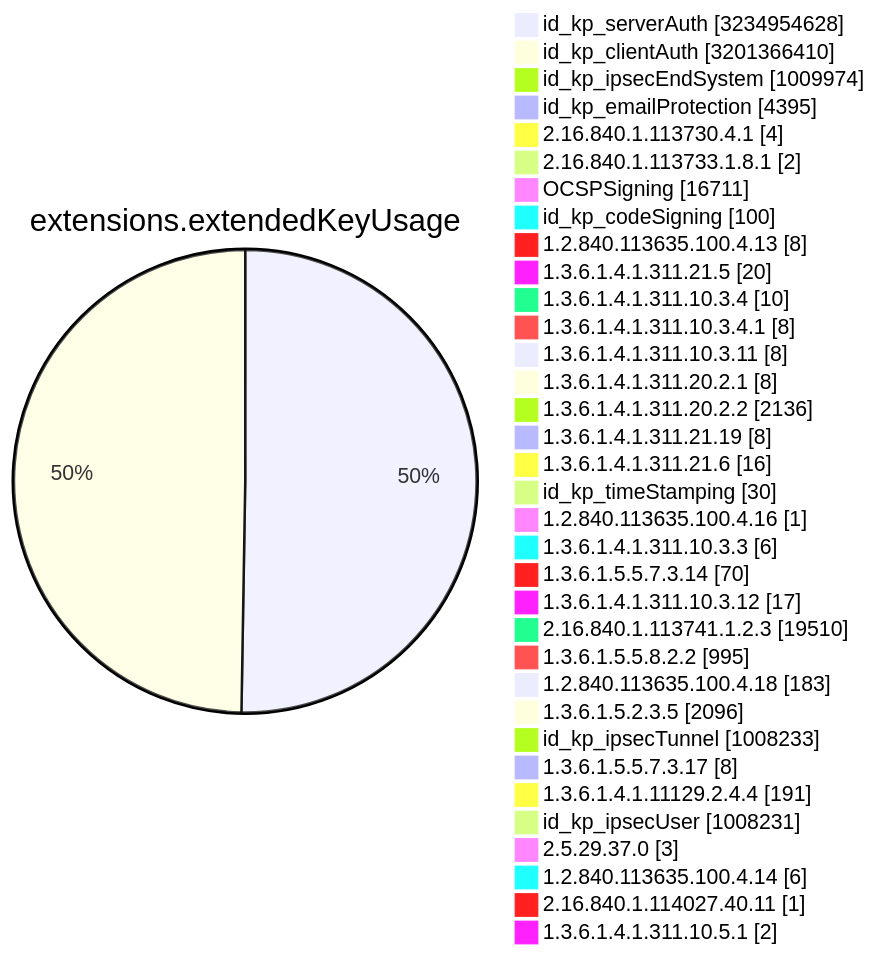
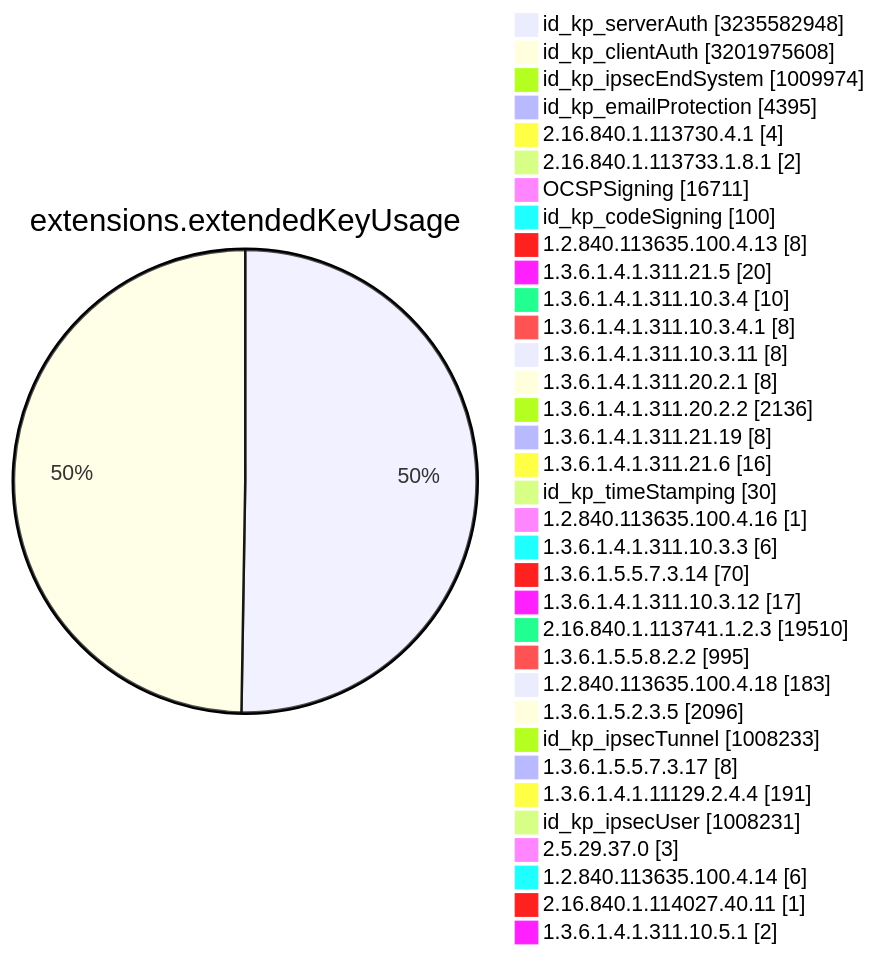
Before and after one commit to christiankrug/ctmonitor_visualization: diagram 11 of 15 in TOTAL/README.md, drawn with Mermaid. The commit also changed other lines of this file, not shown here.

````diff
--- a/TOTAL/README.md
+++ b/TOTAL/README.md
@@ -4119,38 +4119,38 @@
 ```mermaid
 pie showData
 title extensions.extendedKeyUsage
-"id_kp_serverAuth" :3234954628
-"id_kp_clientAuth" :3201366410
+"id_kp_serverAuth" :3235582948
+"id_kp_clientAuth" :3201975608
 "id_kp_ipsecEndSystem" :1009974
 "id_kp_emailProtection" :4395
 "2.16.840.1.113730.4.1" :4
 "2.16.840.1.113733.1.8.1" :2
 "OCSPSigning" :16711
 "id_kp_codeSigning" :100
 "1.2.840.113635.100.4.13" :8
 "1.3.6.1.4.1.311.21.5" :20
 "1.3.6.1.4.1.311.10.3.4" :10
 "1.3.6.1.4.1.311.10.3.4.1" :8
 "1.3.6.1.4.1.311.10.3.11" :8
 "1.3.6.1.4.1.311.20.2.1" :8
 "1.3.6.1.4.1.311.20.2.2" :2136
 "1.3.6.1.4.1.311.21.19" :8
 "1.3.6.1.4.1.311.21.6" :16
 "id_kp_timeStamping" :30
 "1.2.840.113635.100.4.16" :1
 "1.3.6.1.4.1.311.10.3.3" :6
 "1.3.6.1.5.5.7.3.14" :70
 "1.3.6.1.4.1.311.10.3.12" :17
 "2.16.840.1.113741.1.2.3" :19510
 "1.3.6.1.5.5.8.2.2" :995
 "1.2.840.113635.100.4.18" :183
 "1.3.6.1.5.2.3.5" :2096
 "id_kp_ipsecTunnel" :1008233
 "1.3.6.1.5.5.7.3.17" :8
 "1.3.6.1.4.1.11129.2.4.4" :191
 "id_kp_ipsecUser" :1008231
 "2.5.29.37.0" :3
 "1.2.840.113635.100.4.14" :6
 "2.16.840.1.114027.40.11" :1
 "1.3.6.1.4.1.311.10.5.1" :2
 ```
````
